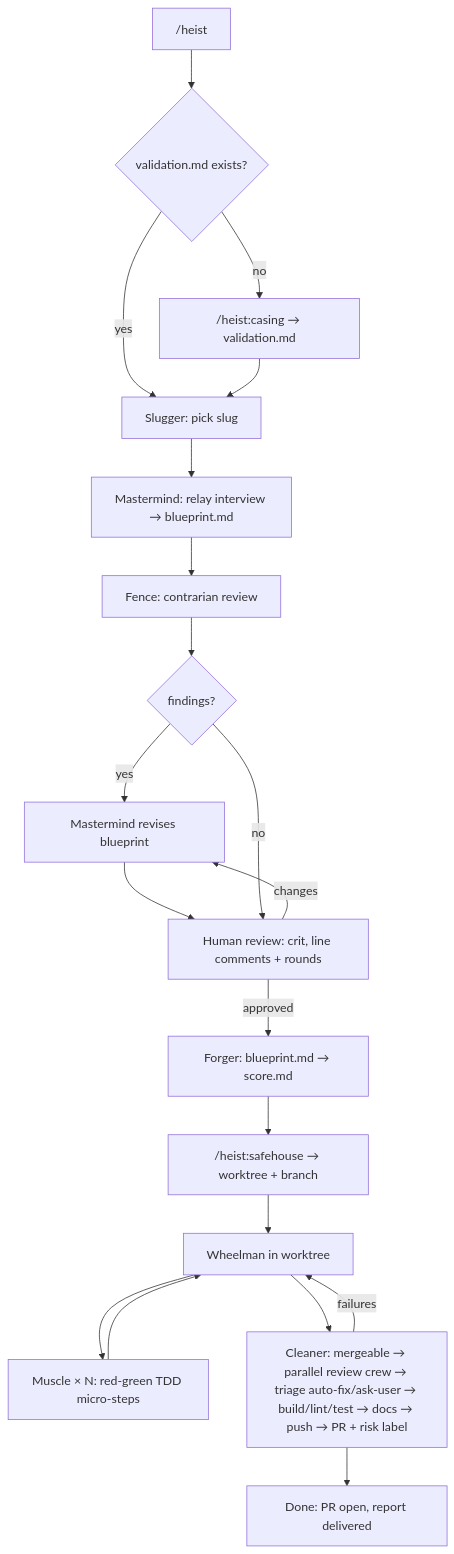
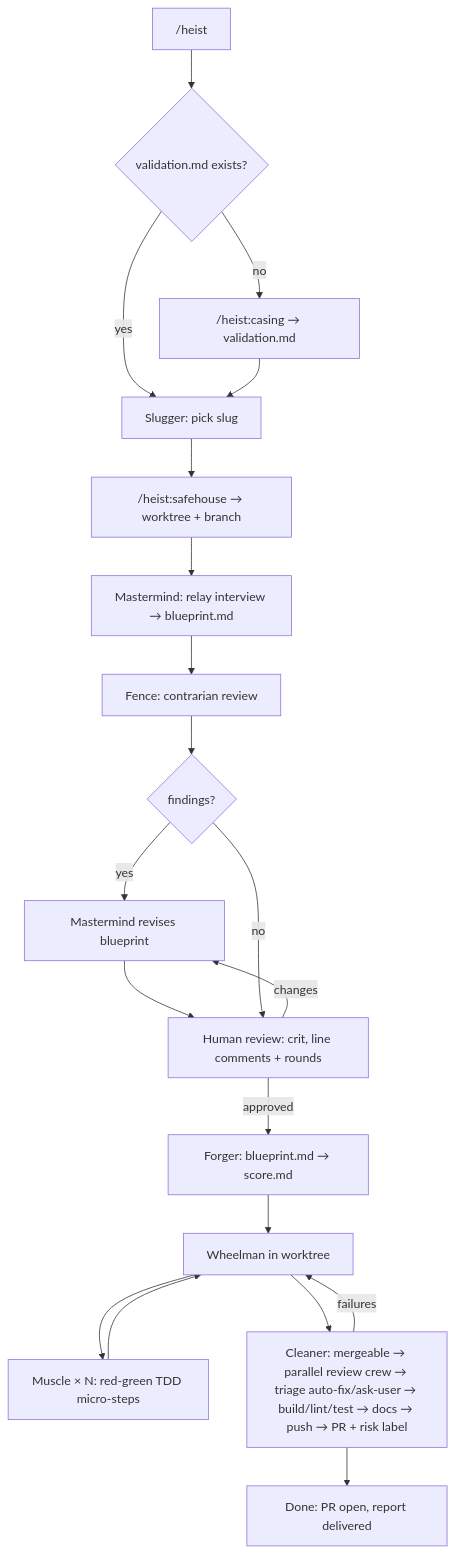
Before and after one commit to GMadorell/heist: the diagram in README.md, drawn with Mermaid. The commit also changed 6 other files, not shown here.

````diff
--- a/README.md
+++ b/README.md
@@ -24,21 +24,21 @@
 ```mermaid
 flowchart TD
     A["/heist <slug>"] --> B{validation.md exists?}
     B -- no --> C["/heist:casing → validation.md"]
     B -- yes --> S[Slugger: pick slug]
-    S --> D[Mastermind: relay interview → blueprint.md]
     C --> S
+    S --> I["/heist:safehouse → worktree + branch"]
+    I --> D[Mastermind: relay interview → blueprint.md]
     D --> E[Fence: contrarian review]
     E --> F{findings?}
     F -- yes --> D2[Mastermind revises blueprint] --> G
     F -- no --> G[Human review: crit, line comments + rounds]
     G -- changes --> D2
     G -- approved --> H[Forger: blueprint.md → score.md]
-    H --> I["/heist:safehouse → worktree + branch"]
-    I --> J[Wheelman in worktree]
+    H --> J[Wheelman in worktree]
     J --> K[Muscle × N: red-green TDD micro-steps]
     K --> J
     J --> L[Cleaner: mergeable → parallel review crew → triage auto-fix/ask-user → build/lint/test → docs → push → PR + risk label]
     L -- failures --> J
     L --> M[Done: PR open, report delivered]
 ```
````
